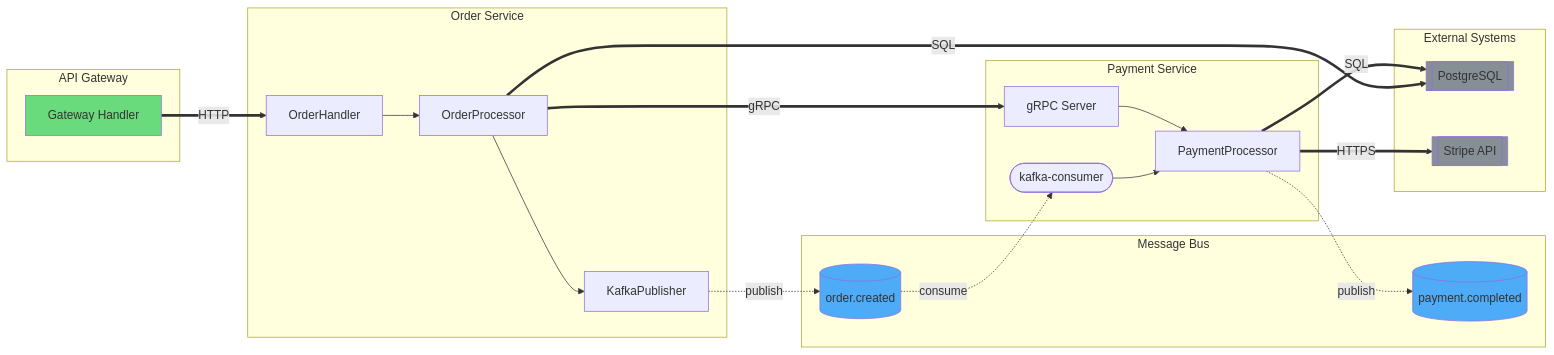
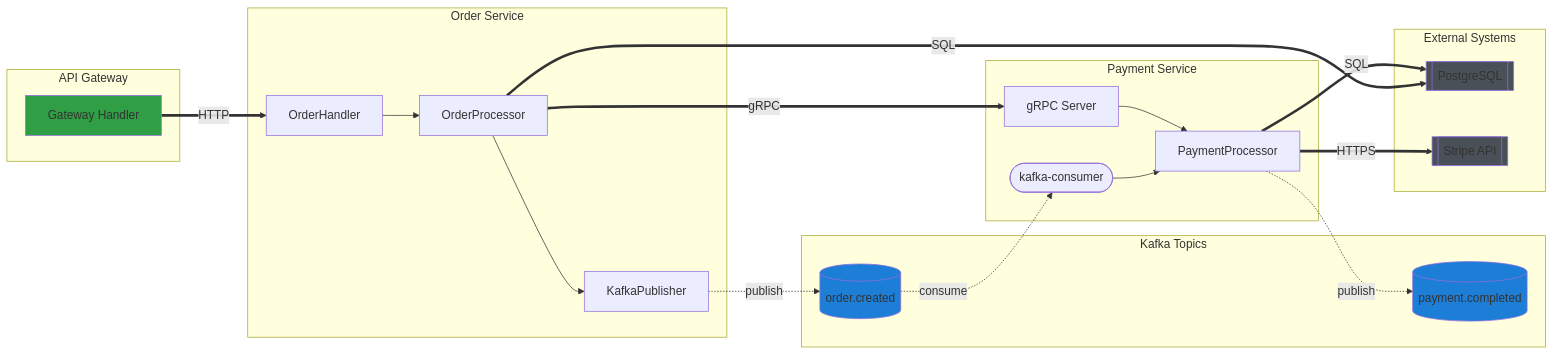
One commit to selimabeniacar/gemini-skills changed the first of 3 diagrams in prompts/service-flow.md. Above: the diagram before and after it, drawn with Mermaid. The commit also changed other lines of this file and 6 other files, not shown here.

Commit message:
Add /flow skill for generating flow diagrams

````diff
--- a/prompts/service-flow.md
+++ b/prompts/service-flow.md
@@ -117,53 +263,53 @@
 ```mermaid
 flowchart LR
-    subgraph APIGateway [API Gateway]
+    subgraph api-gateway ["API Gateway"]
         GW[Gateway Handler]
     end
 
-    subgraph OrderService [Order Service]
+    subgraph order-service ["Order Service"]
         O1[OrderHandler]
         O2[OrderProcessor]
         O3[KafkaPublisher]
     end
 
-    subgraph PaymentService [Payment Service]
+    subgraph payment-service ["Payment Service"]
         P1[gRPC Server]
         P2[PaymentProcessor]
         P3([kafka-consumer])
     end
 
-    subgraph Kafka [Message Bus]
+    subgraph kafka ["Kafka Topics"]
         T1[(order.created)]
         T2[(payment.completed)]
     end
 
-    subgraph External [External Systems]
+    subgraph external ["External Systems"]
         DB1[[PostgreSQL]]
         STRIPE[[Stripe API]]
     end
 
     %% Sync calls (gRPC/HTTP) - thick arrows
     GW ==>|HTTP| O1
     O2 ==>|gRPC| P1
     P2 ==>|HTTPS| STRIPE
     O2 ==>|SQL| DB1
     P2 ==>|SQL| DB1
 
     %% Async calls (Kafka) - dotted arrows
     O3 -.->|publish| T1
     T1 -.->|consume| P3
     P3 --> P2
     P2 -.->|publish| T2
 
     %% Internal calls - thin arrows
     O1 --> O2
     O2 --> O3
     P1 --> P2
 
     %% Styling
-    style GW fill:#69db7c
-    style T1 fill:#4dabf7
-    style T2 fill:#4dabf7
-    style DB1 fill:#868e96
-    style STRIPE fill:#868e96
+    style GW fill:#2f9e44
+    style T1 fill:#1c7ed6
+    style T2 fill:#1c7ed6
+    style DB1 fill:#495057
+    style STRIPE fill:#495057
 ```
````
